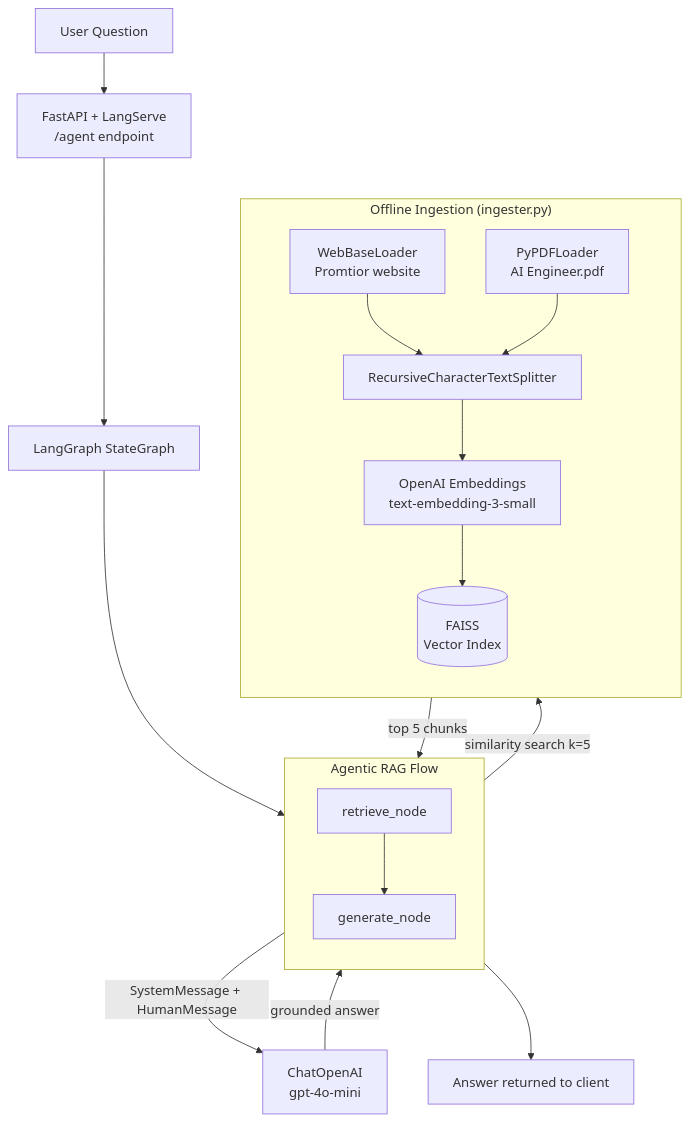
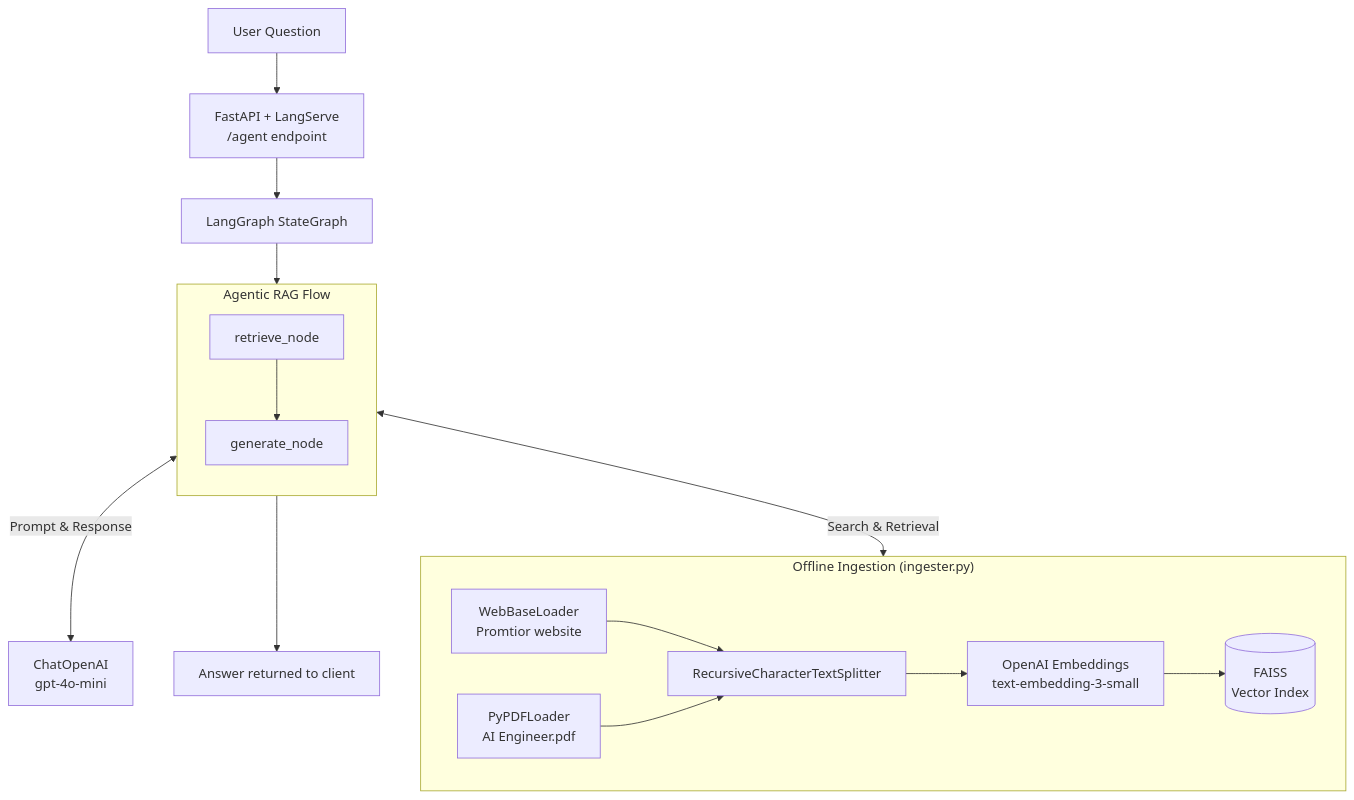
One commit to Lochi011/promtior-ai-challenge changed the diagram in doc/REPORT.md. Above: the diagram before and after it, drawn with Mermaid.

Commit message:
report fix graph

````diff
--- a/doc/REPORT.md
+++ b/doc/REPORT.md
@@ -34,25 +34,26 @@
 ```mermaid
 graph TD
+    %% --- SECCIÓN DE INGESTA ---
+    subgraph Ingestion["Offline Ingestion (ingester.py)"]
+        direction LR
+        I["WebBaseLoader\nPromtior website"] --> K["RecursiveCharacterTextSplitter"]
+        J["PyPDFLoader\nAI Engineer.pdf"] --> K
+        K --> L["OpenAI Embeddings\ntext-embedding-3-small"]
+        L --> F[("FAISS\nVector Index")]
+    end
+
+    %% --- FLUJO DE USUARIO ---
     A["User Question"] --> B["FastAPI + LangServe\n/agent endpoint"]
     B --> C["LangGraph StateGraph"]
 
-    subgraph Graph["Agentic RAG Flow"]
+    subgraph Flow["Agentic RAG Flow"]
         direction TB
         D["retrieve_node"] --> E["generate_node"]
     end
 
+    %% --- INTERACCIONES ---
     C --> D
-    D -- "similarity search k=5" --> F[("FAISS\nVector Index")]
-    F -- "top 5 chunks" --> D
-    E -- "SystemMessage + HumanMessage" --> G["ChatOpenAI\ngpt-4o-mini"]
-    G -- "grounded answer" --> E
+    D <-->|Search & Retrieval| F
+    E <-->|Prompt & Response| G["ChatOpenAI\ngpt-4o-mini"]
     E --> H["Answer returned to client"]
-
-    subgraph Ingestion["Offline Ingestion (ingester.py)"]
-        direction TB
-        I["WebBaseLoader\nPromtior website"] --> K["RecursiveCharacterTextSplitter"]
-        J["PyPDFLoader\nAI Engineer.pdf"] --> K
-        K --> L["OpenAI Embeddings\ntext-embedding-3-small"]
-        L --> F
-    end
 ```
````
